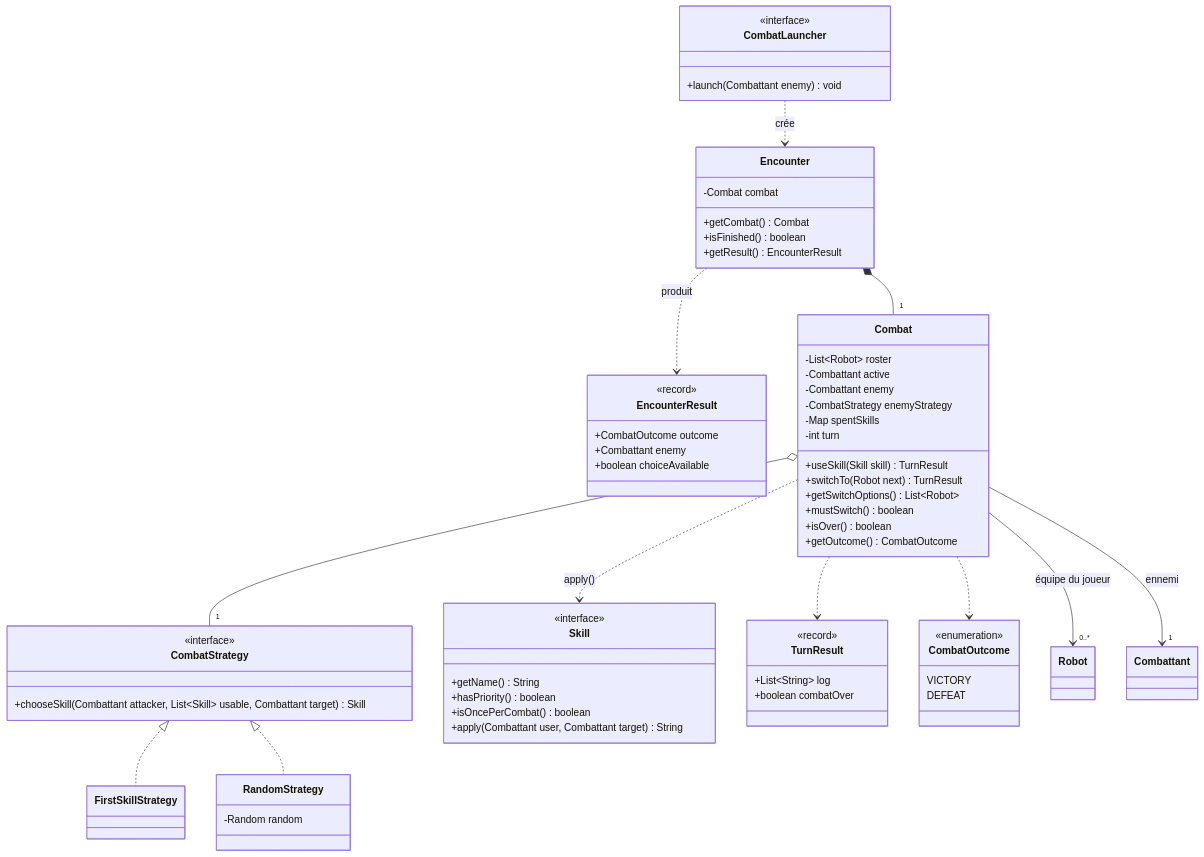
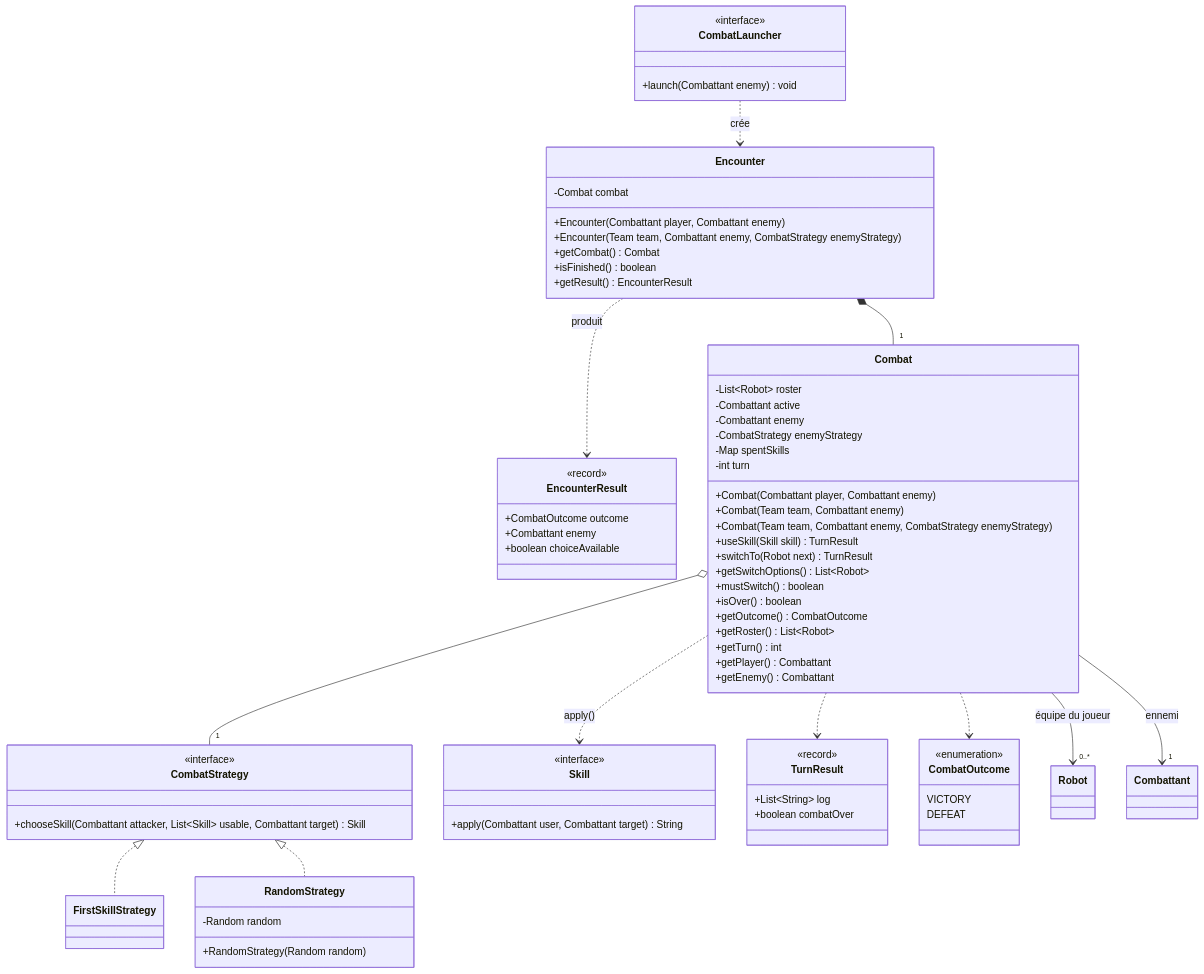
One commit to ValentinBassot/2D-Game changed the fourth of 11 diagrams in docs/uml.md. Above: the diagram before and after it, drawn with Mermaid. The commit also changed other lines of this file, not shown here.

Commit message:
docs(uml): sync the UML diagrams with the current code

```diff
--- a/docs/uml.md
+++ b/docs/uml.md
@@ -217,6 +280,8 @@
 
     class Encounter {
         -Combat combat
+        +Encounter(Combattant player, Combattant enemy)
+        +Encounter(Team team, Combattant enemy, CombatStrategy enemyStrategy)
         +getCombat() Combat
         +isFinished() boolean
         +getResult() EncounterResult
@@ -236,12 +301,19 @@
         -CombatStrategy enemyStrategy
         -Map spentSkills
         -int turn
+        +Combat(Combattant player, Combattant enemy)
+        +Combat(Team team, Combattant enemy)
+        +Combat(Team team, Combattant enemy, CombatStrategy enemyStrategy)
         +useSkill(Skill skill) TurnResult
         +switchTo(Robot next) TurnResult
         +getSwitchOptions() List~Robot~
         +mustSwitch() boolean
         +isOver() boolean
         +getOutcome() CombatOutcome
+        +getRoster() List~Robot~
+        +getTurn() int
+        +getPlayer() Combattant
+        +getEnemy() Combattant
     }
 
     class CombatStrategy {
@@ -253,13 +325,11 @@
 
     class RandomStrategy {
         -Random random
+        +RandomStrategy(Random random)
     }
 
     class Skill {
         <<interface>>
-        +getName() String
-        +hasPriority() boolean
-        +isOncePerCombat() boolean
         +apply(Combattant user, Combattant target) String
     }
 
```
